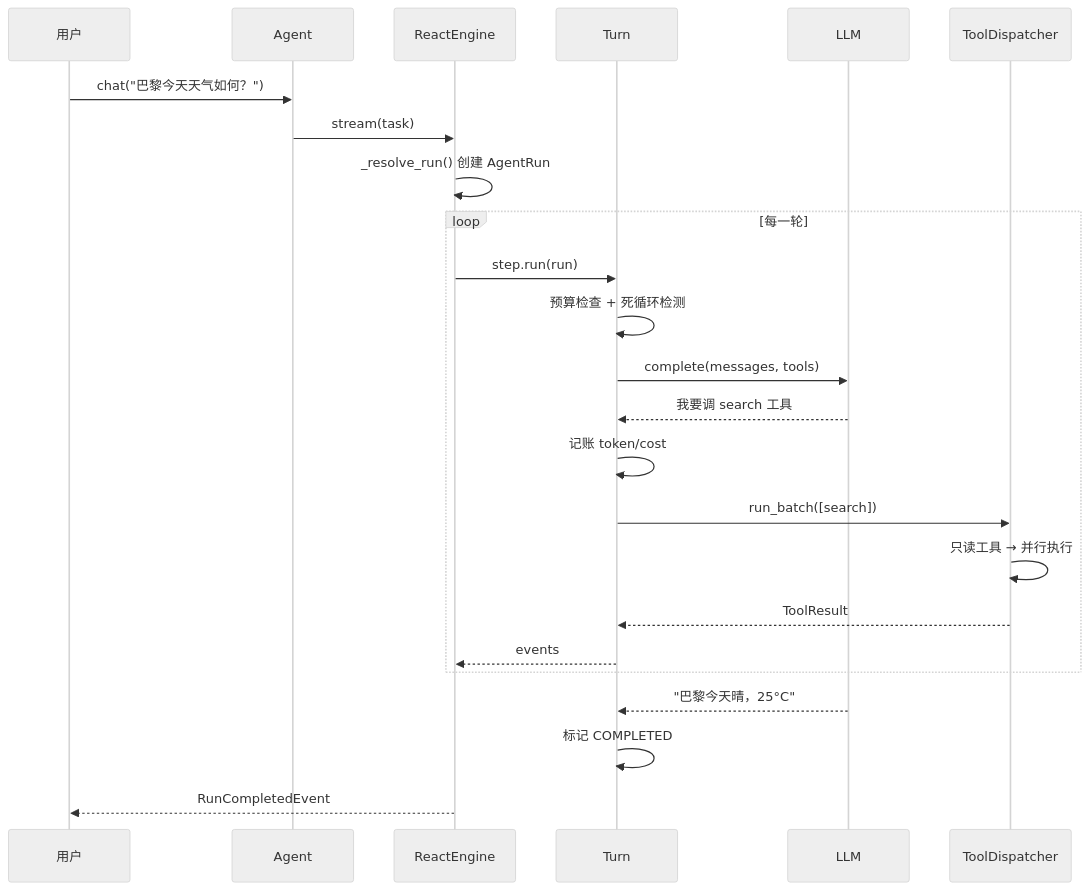
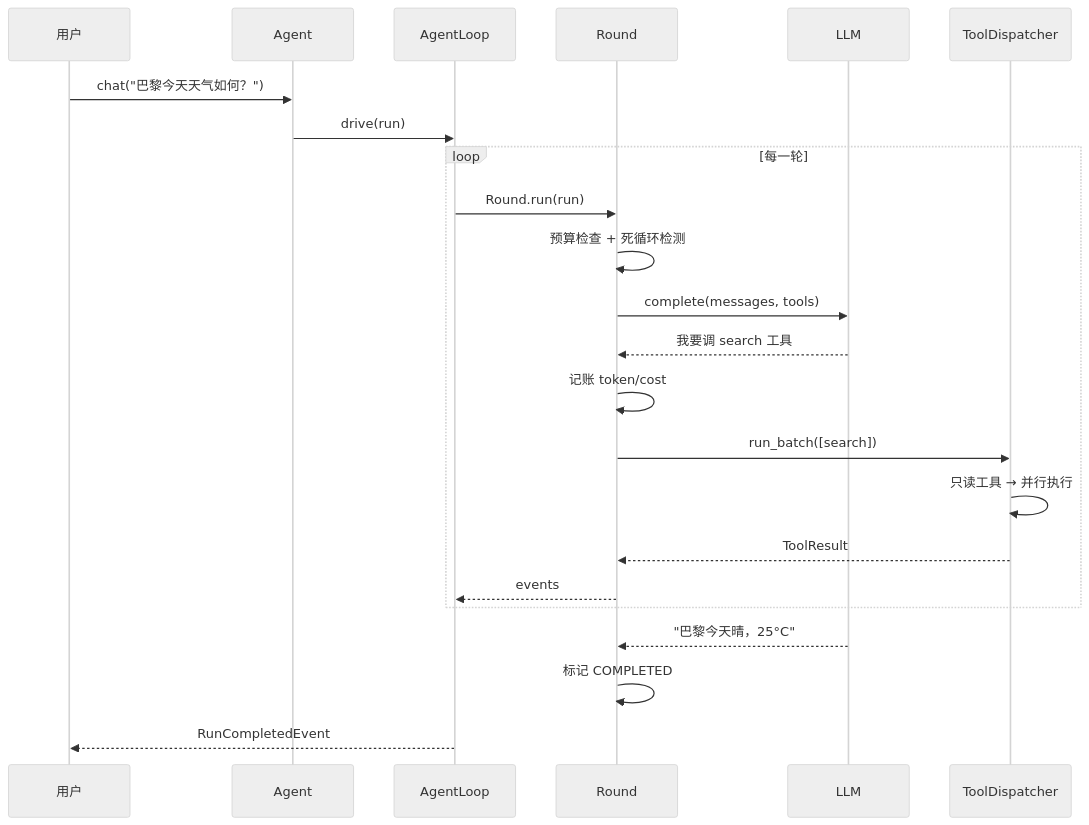
One commit to limenagent/prodagent changed the diagram in docs/book/ch00.md. Above: the diagram before and after it, drawn with Mermaid (neutral theme). The commit also changed other lines of this file and 44 other files, not shown here.

````diff
--- a/docs/book/ch00.md
+++ b/docs/book/ch00.md
@@ -155,26 +153,25 @@
 ```mermaid
 sequenceDiagram
     participant U as 用户
     participant A as Agent
-    participant L as ReactEngine
-    participant S as Turn
+    participant L as AgentLoop
+    participant S as Round
     participant M as LLM
     participant T as ToolDispatcher
     U->>A: chat("巴黎今天天气如何？")
-    A->>L: stream(task)
-    L->>L: _resolve_run() 创建 AgentRun
+    A->>L: drive(run)
     loop 每一轮
-        L->>S: step.run(run)
+        L->>S: Round.run(run)
         S->>S: 预算检查 + 死循环检测
         S->>M: complete(messages, tools)
         M-->>S: 我要调 search 工具
         S->>S: 记账 token/cost
         S->>T: run_batch([search])
         T->>T: 只读工具 → 并行执行
         T-->>S: ToolResult
         S-->>L: events
     end
     M-->>S: "巴黎今天晴，25°C"
     S->>S: 标记 COMPLETED
     L-->>U: RunCompletedEvent
 ```
````
